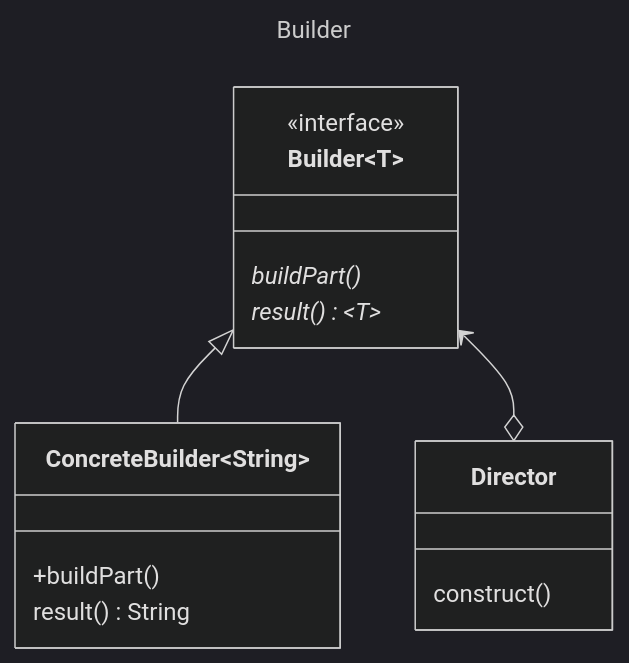
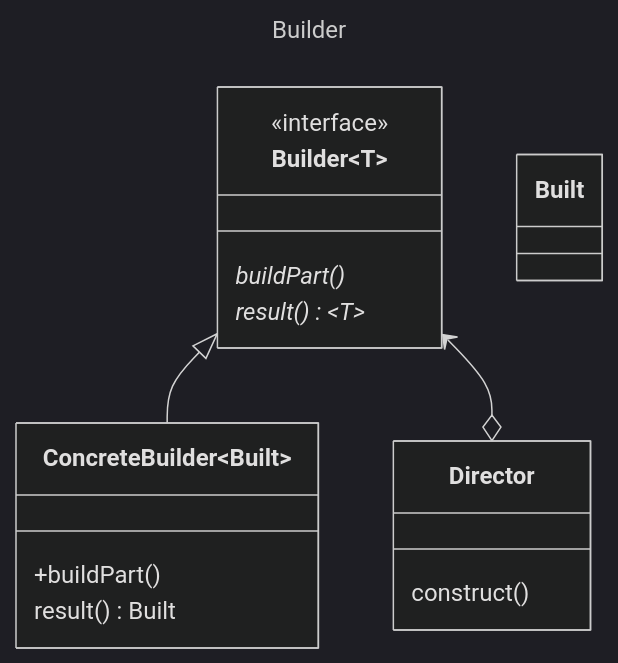
The diagram in src/main/java/org/example/gof/creation/builder/Builder.md (mtrigueira/JGoF), drawn with Mermaid (dark theme) before and after one commit. The commit also changed 24 other files, not shown here.

````diff
--- a/src/main/java/org/example/gof/creation/builder/Builder.md
+++ b/src/main/java/org/example/gof/creation/builder/Builder.md
@@ -1,20 +1,22 @@
 ```mermaid
 ---
 title: Builder
 ---
 classDiagram
     class Builder~T~ {
         <<interface>>
         buildPart()*
         result()* ~T~
     }
-    class ConcreteBuilder~String~ {
+    class ConcreteBuilder~Built~ {
         +buildPart()
-        result() String
+        result() Built
     }
     class Director {
         construct()
     }
+    class Built {}
+    
     Builder <|-- ConcreteBuilder
     Builder <--o Director
 ```
````
